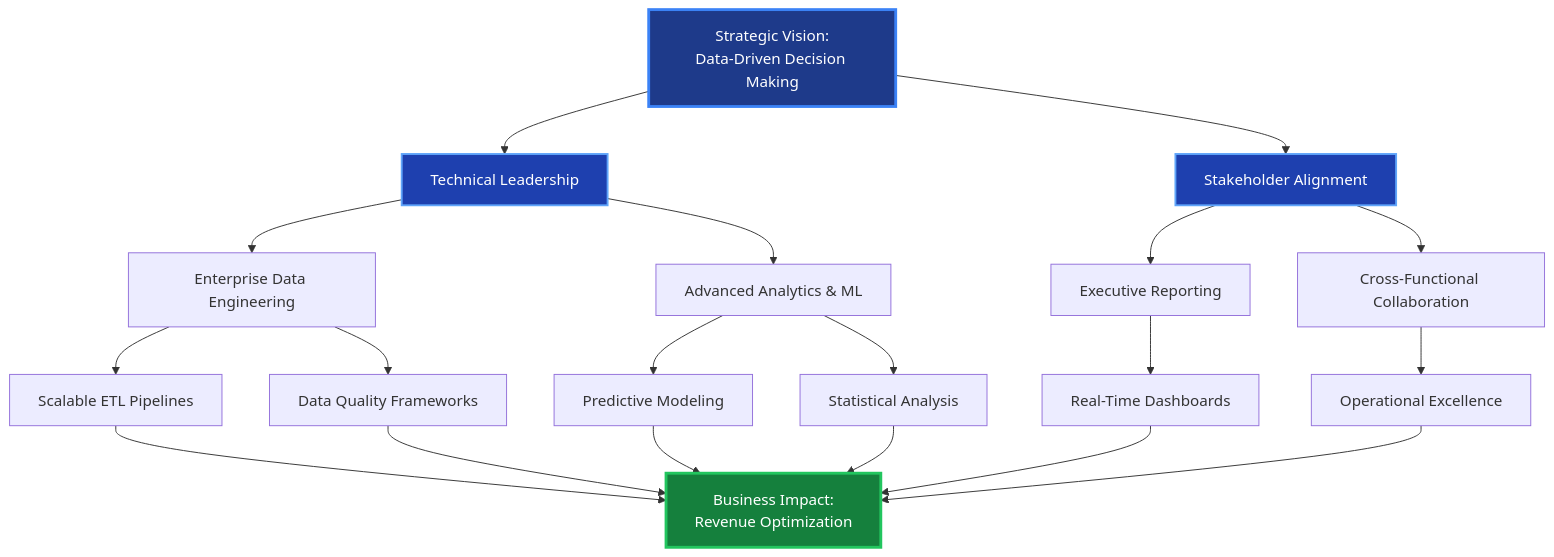
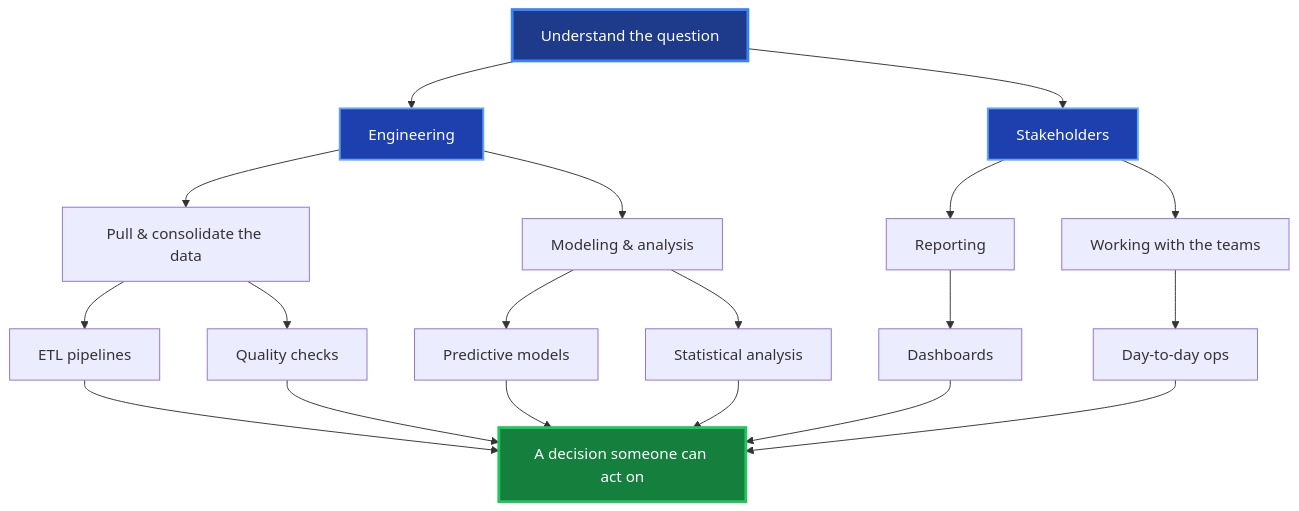
One commit to Pranav0520/Pranav0520 changed the first of 3 diagrams in README.md. Above: the diagram before and after it, drawn with Mermaid. The commit also changed other lines of this file, not shown here.

````diff
--- a/README.md
+++ b/README.md
@@ -50,32 +27,32 @@
 ```mermaid
 graph TB
-    A[Strategic Vision:<br/>Data-Driven Decision Making] --> B[Technical Leadership]
-    A --> C[Stakeholder Alignment]
-    
-    B --> D[Enterprise Data Engineering]
-    B --> E[Advanced Analytics & ML]
-    
-    C --> F[Executive Reporting]
-    C --> G[Cross-Functional Collaboration]
-    
-    D --> H[Scalable ETL Pipelines]
-    D --> I[Data Quality Frameworks]
-    
-    E --> J[Predictive Modeling]
-    E --> K[Statistical Analysis]
-    
-    F --> L[Real-Time Dashboards]
-    G --> M[Operational Excellence]
-    
-    H --> N[Business Impact:<br/>Revenue Optimization]
+    A[Understand the question] --> B[Engineering]
+    A --> C[Stakeholders]
+
+    B --> D[Pull & consolidate the data]
+    B --> E[Modeling & analysis]
+
+    C --> F[Reporting]
+    C --> G[Working with the teams]
+
+    D --> H[ETL pipelines]
+    D --> I[Quality checks]
+
+    E --> J[Predictive models]
+    E --> K[Statistical analysis]
+
+    F --> L[Dashboards]
+    G --> M[Day-to-day ops]
+
+    H --> N[A decision someone can act on]
     I --> N
     J --> N
     K --> N
     L --> N
     M --> N
-    
+
     style A fill:#1e3a8a,stroke:#3b82f6,stroke-width:3px,color:#fff
     style N fill:#15803d,stroke:#22c55e,stroke-width:3px,color:#fff
     style B fill:#1e40af,stroke:#60a5fa,stroke-width:2px,color:#fff
     style C fill:#1e40af,stroke:#60a5fa,stroke-width:2px,color:#fff
 ```
````
